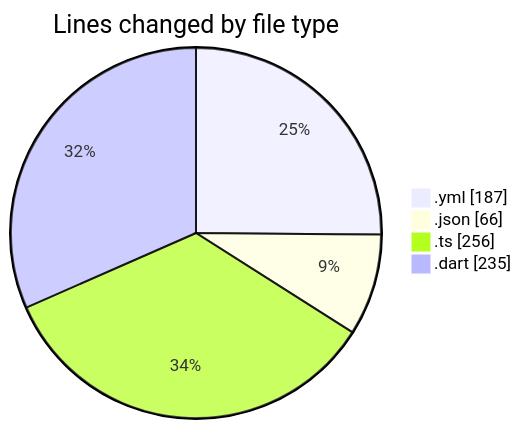
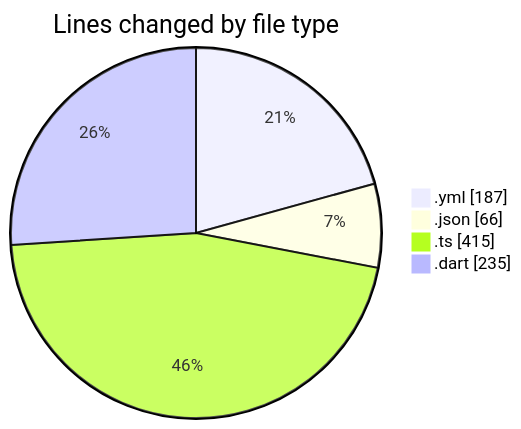
One commit to donsfak/code-tracking changed the first of 2 diagrams in 2025-02-10/maps_clone/README.md. Above: the diagram before and after it, drawn with Mermaid. The commit also changed other lines of this file and 1 other file, not shown here.

````diff
--- a/2025-02-10/maps_clone/README.md
+++ b/2025-02-10/maps_clone/README.md
@@ -27,8 +27,8 @@
 ```mermaid
 pie showData
 title Lines changed by file type
 ".yml" : 187
 ".json" : 66
-".ts" : 256
+".ts" : 415
 ".dart" : 235
 ```
````
